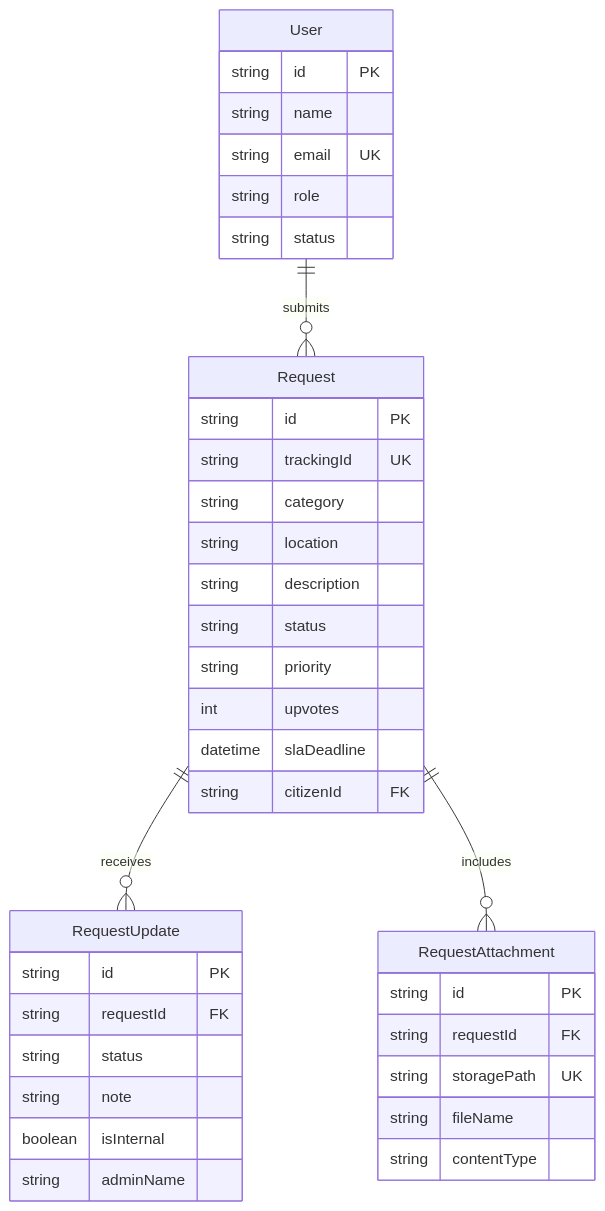
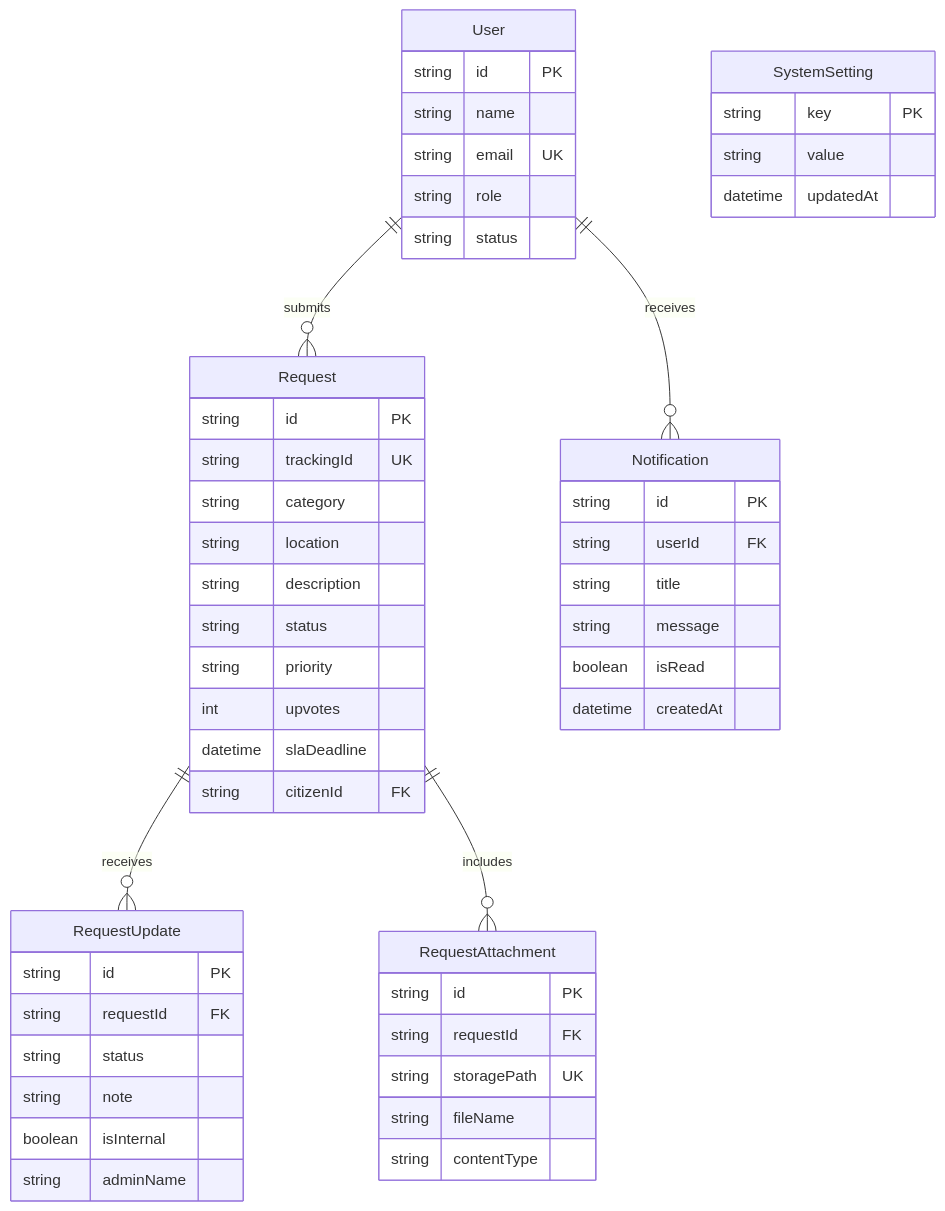
Before and after one commit to DANCANKARANI/muranga-psrs: the second of 2 diagrams in README.md, drawn with Mermaid. The commit also changed other lines of this file and 2 other files, not shown here.

Commit message:
readme update

````diff
--- a/README.md
+++ b/README.md
@@ -54,41 +54,56 @@
 ```mermaid
 erDiagram
     User ||--o{ Request : submits
+    User ||--o{ Notification : receives
     Request ||--o{ RequestUpdate : receives
     Request ||--o{ RequestAttachment : includes
+
+    SystemSetting {
+        string key PK
+        string value
+        datetime updatedAt
+    }
+    Notification {
+        string id PK
+        string userId FK
+        string title
+        string message
+        boolean isRead
+        datetime createdAt
+    }
 
     User {
         string id PK
         string name
         string email UK
         string role
         string status
     }
     Request {
         string id PK
         string trackingId UK
         string category
         string location
         string description
         string status
         string priority
         int upvotes
         datetime slaDeadline
         string citizenId FK
     }
     RequestUpdate {
         string id PK
         string requestId FK
         string status
         string note
         boolean isInternal
         string adminName
     }
     RequestAttachment {
         string id PK
         string requestId FK
         string storagePath UK
         string fileName
         string contentType
     }
 ```
````
